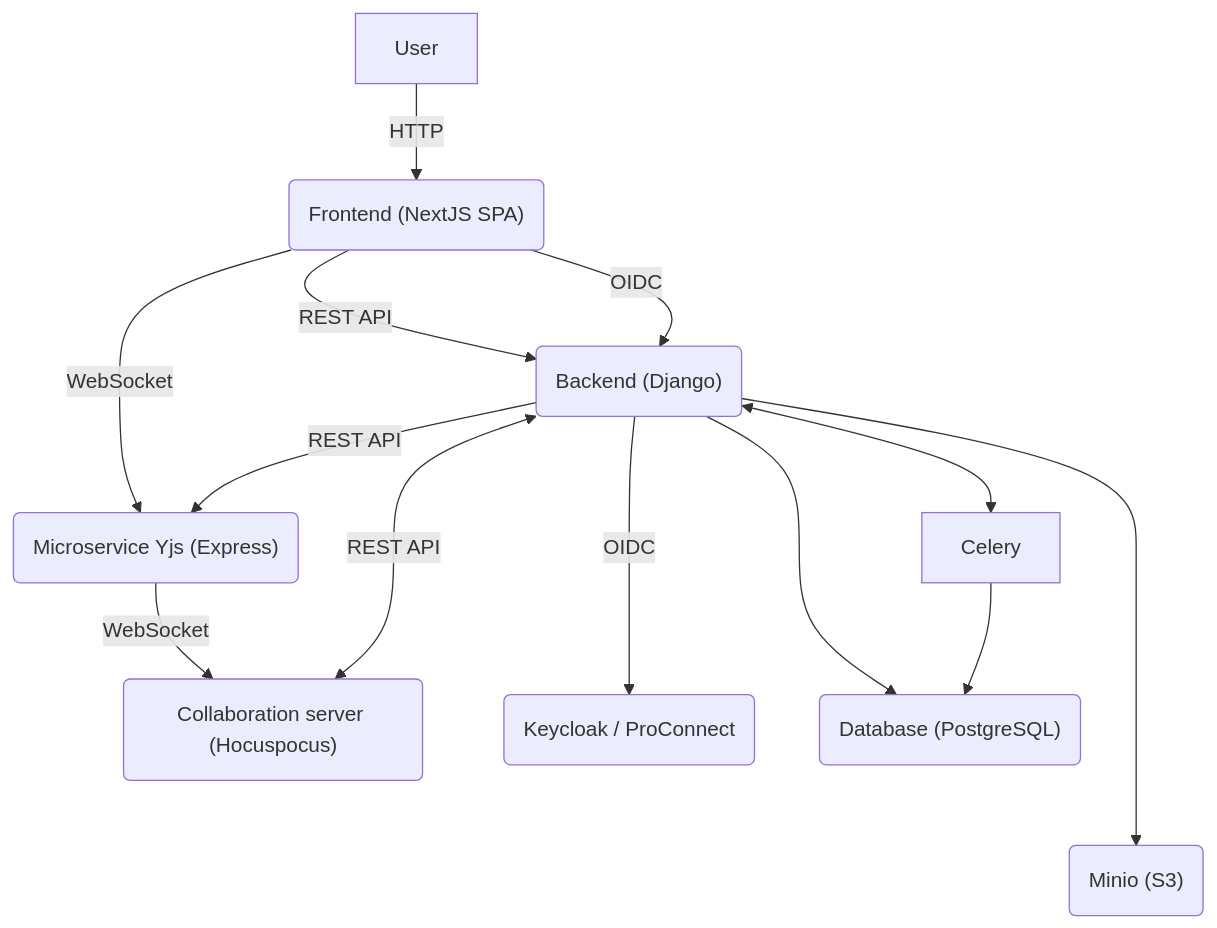
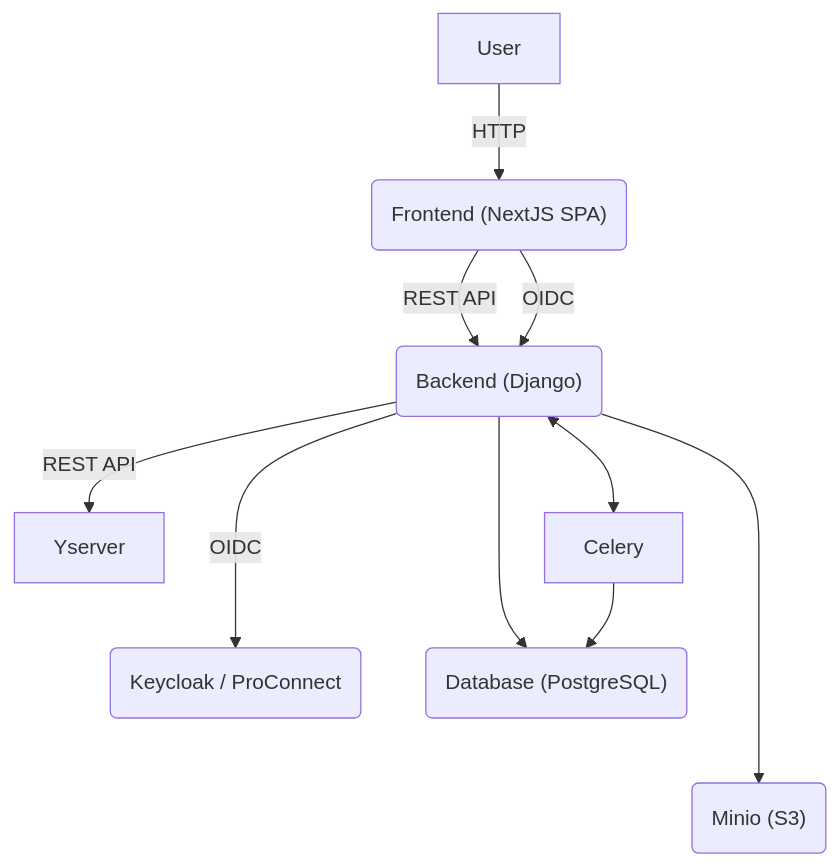
Before and after one commit to suitenumerique/conversations: the diagram in docs/architecture.md, drawn with Mermaid. The commit also changed other lines of this file and 6 other files, not shown here.

````diff
--- a/docs/architecture.md
+++ b/docs/architecture.md
@@ -5,11 +5,10 @@
 ```mermaid
 flowchart TD
     User -- HTTP --> Front("Frontend (NextJS SPA)")
     Front -- REST API --> Back("Backend (Django)")
-    Front -- WebSocket --> Yserver("Microservice Yjs (Express)") -- WebSocket -->  CollaborationServer("Collaboration server (Hocuspocus)") -- REST API <--> Back
     Front -- OIDC --> Back -- OIDC ---> OIDC("Keycloak / ProConnect")
     Back -- REST API --> Yserver
     Back --> DB("Database (PostgreSQL)")
     Back <--> Celery --> DB
     Back ----> S3("Minio (S3)")
 ```
````
